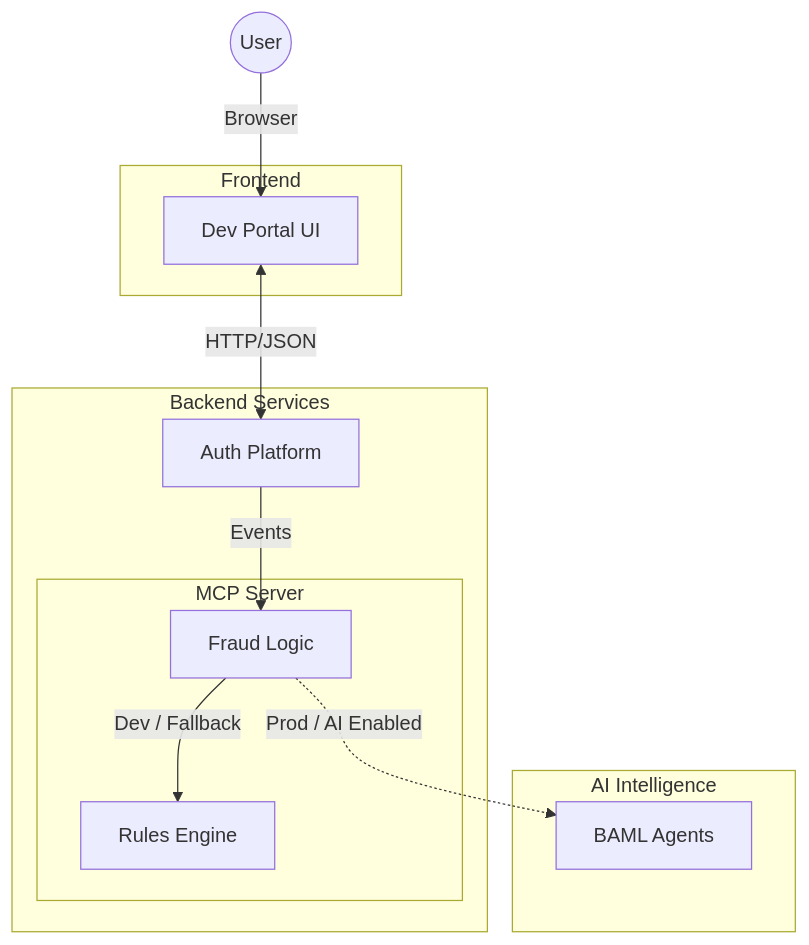
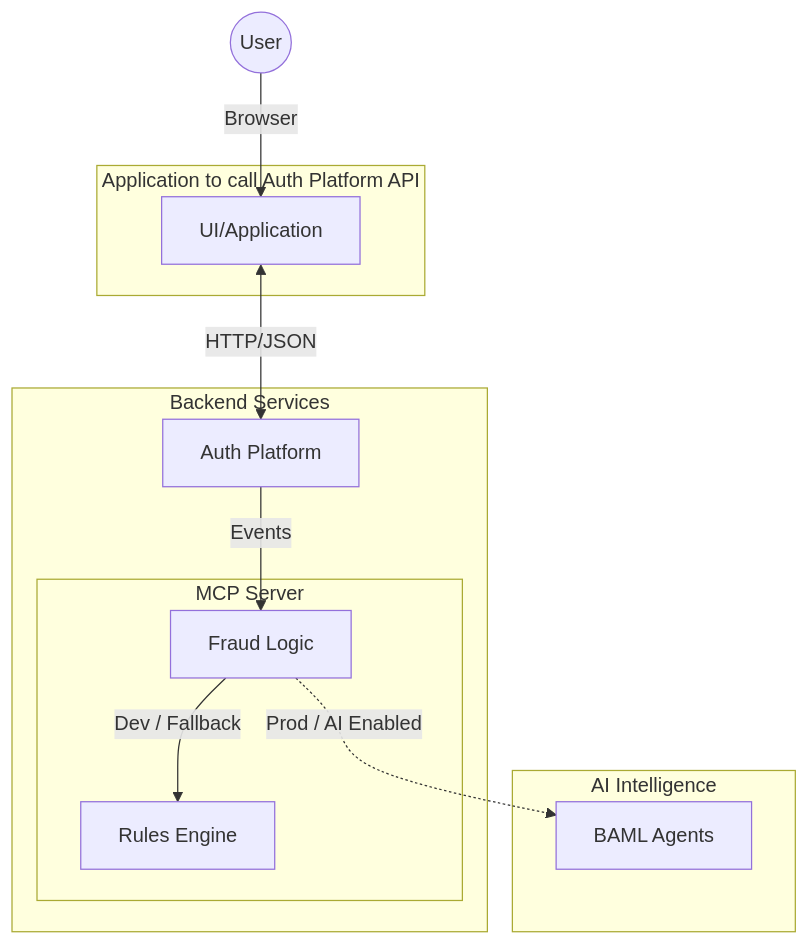
The first of 2 diagrams in README.md (fayedraza/authentication-service), drawn with Mermaid before and after one commit.

````diff
--- a/README.md
+++ b/README.md
@@ -18,23 +18,23 @@
 ```mermaid
 graph TD
     User((User))
-    subgraph "Frontend"
-        UI["Dev Portal UI"]
+    subgraph "Application to call Auth Platform API"
+        UI["UI/Application"]
     end
     subgraph "Backend Services"
         Auth["Auth Platform"]
         subgraph "MCP Server"
             Logic[Fraud Logic]
             Rules["Rules Engine"]
         end
     end
     subgraph "AI Intelligence"
         Agents["BAML Agents"]
     end
 
     User -->|Browser| UI
     UI <-->|HTTP/JSON| Auth
     Auth -- Events --> Logic
     Logic -->|Dev / Fallback| Rules
     Logic -.->|Prod / AI Enabled| Agents
 ```
````
